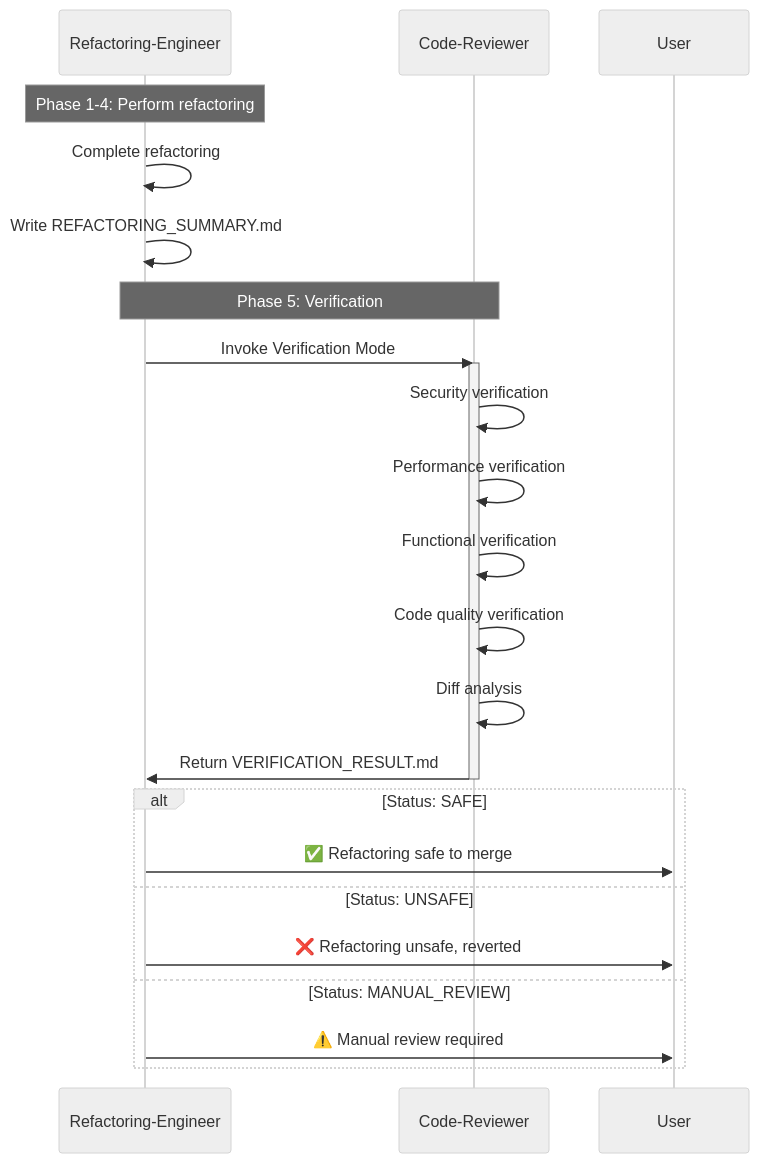
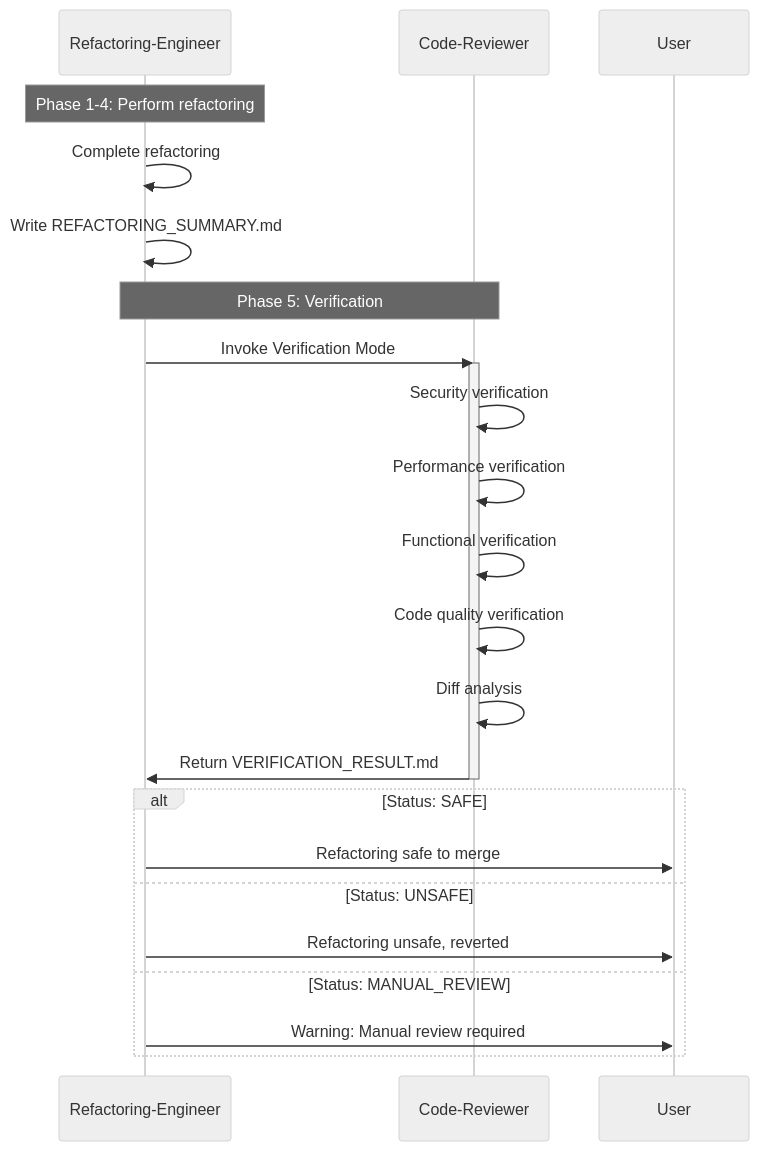
Before and after one commit to FF-GardenFn/llm-playground: the diagram in agents/code-reviewer/integration/VERIFICATION_MODE.md, drawn with Mermaid (neutral theme). The commit also changed other lines of this file and 36 other files, not shown here.

````diff
--- a/agents/code-reviewer/integration/VERIFICATION_MODE.md
+++ b/agents/code-reviewer/integration/VERIFICATION_MODE.md
@@ -28,31 +28,31 @@
 ```mermaid
 sequenceDiagram
     participant RE as Refactoring-Engineer
     participant CR as Code-Reviewer
     participant User
 
     Note over RE: Phase 1-4: Perform refactoring
     RE->>RE: Complete refactoring
     RE->>RE: Write REFACTORING_SUMMARY.md
 
     Note over RE,CR: Phase 5: Verification
     RE->>CR: Invoke Verification Mode
     activate CR
 
     CR->>CR: Security verification
     CR->>CR: Performance verification
     CR->>CR: Functional verification
     CR->>CR: Code quality verification
     CR->>CR: Diff analysis
 
     CR->>RE: Return VERIFICATION_RESULT.md
     deactivate CR
 
     alt Status: SAFE
-        RE->>User: ✅ Refactoring safe to merge
+        RE->>User:  Refactoring safe to merge
     else Status: UNSAFE
-        RE->>User: ❌ Refactoring unsafe, reverted
+        RE->>User:  Refactoring unsafe, reverted
     else Status: MANUAL_REVIEW
-        RE->>User: ⚠️ Manual review required
+        RE->>User: Warning: Manual review required
     end
 ```
````
